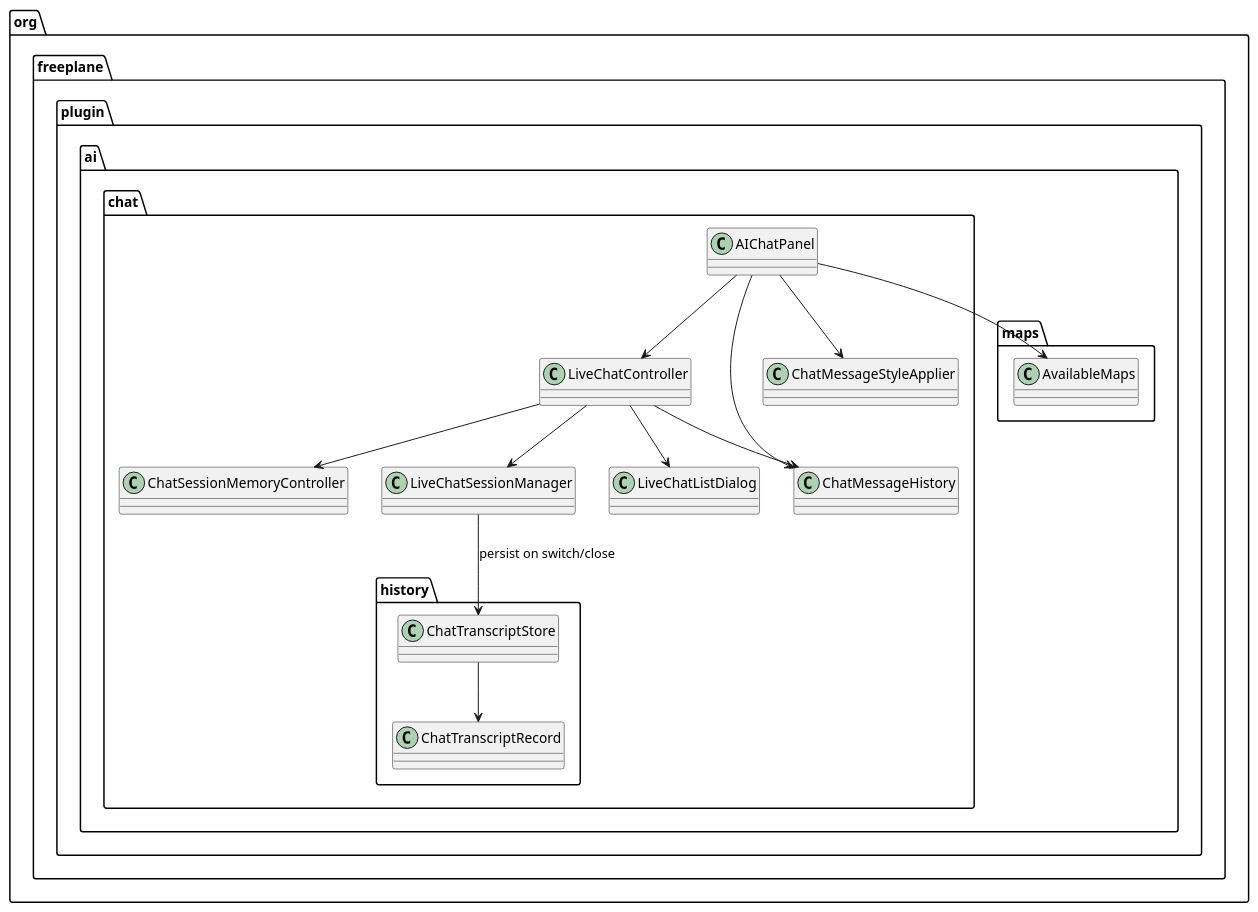
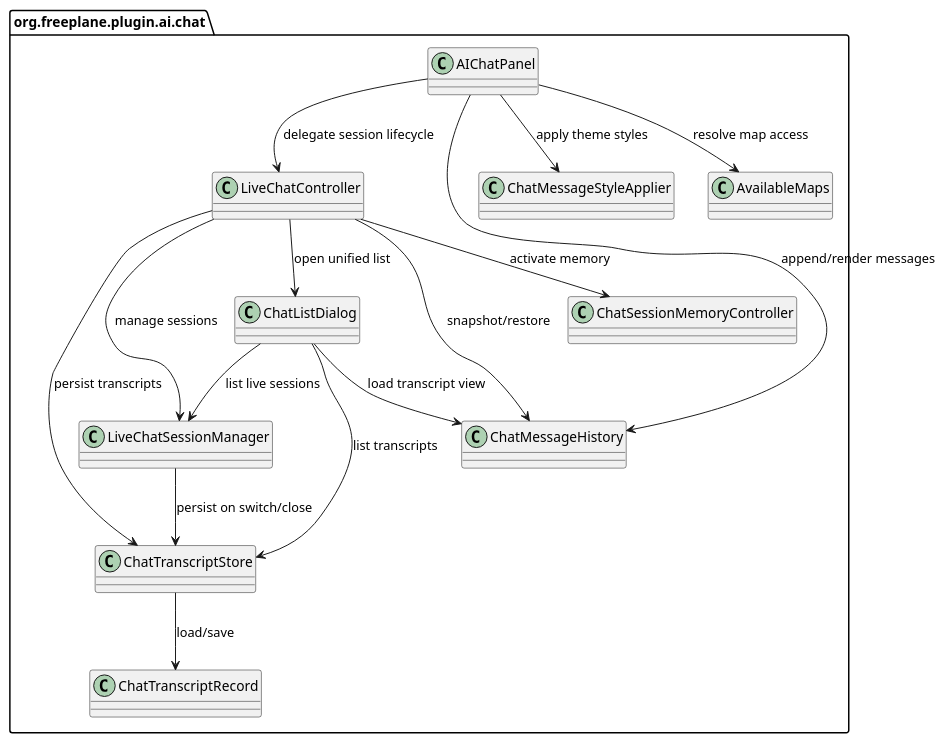
The first of 5 diagrams in freeplane_plugin_ai/specs/tasks/in-progress/tool-capable-chat-history-transcripts.md (guoranjun2/nexordia), drawn with PlantUML before and after one commit. The commit also changed other lines of this file and 1 other file, not shown here.

Commit message:
2026-01-24-chat-history-transcripts: split transcript task and refine designs

````diff
--- a/freeplane_plugin_ai/specs/tasks/in-progress/tool-capable-chat-history-transcripts.md
+++ b/freeplane_plugin_ai/specs/tasks/in-progress/tool-capable-chat-history-transcripts.md
@@ -39,30 +39,31 @@
   ```plantuml
   @startuml
+  set separator none
   package "org.freeplane.plugin.ai.chat" {
     class AIChatPanel
     class LiveChatController
     class LiveChatSessionManager
-    class LiveChatListDialog
+    class ChatListDialog
     class ChatMessageHistory
     class ChatSessionMemoryController
     class ChatMessageStyleApplier
-  }
-  package "org.freeplane.plugin.ai.chat.history" {
     class ChatTranscriptStore
     class ChatTranscriptRecord
-  }
-  package "org.freeplane.plugin.ai.maps" {
     class AvailableMaps
   }
-  AIChatPanel --> LiveChatController
-  AIChatPanel --> ChatMessageHistory
-  AIChatPanel --> ChatMessageStyleApplier
-  AIChatPanel --> AvailableMaps
-  LiveChatController --> LiveChatSessionManager
-  LiveChatController --> LiveChatListDialog
-  LiveChatController --> ChatMessageHistory
-  LiveChatController --> ChatSessionMemoryController
+  AIChatPanel --> LiveChatController : delegate session lifecycle
+  AIChatPanel --> ChatMessageHistory : append/render messages
+  AIChatPanel --> ChatMessageStyleApplier : apply theme styles
+  AIChatPanel --> AvailableMaps : resolve map access
+  LiveChatController --> LiveChatSessionManager : manage sessions
+  LiveChatController --> ChatListDialog : open unified list
+  LiveChatController --> ChatMessageHistory : snapshot/restore
+  LiveChatController --> ChatSessionMemoryController : activate memory
+  LiveChatController --> ChatTranscriptStore : persist transcripts
+  ChatListDialog --> LiveChatSessionManager : list live sessions
+  ChatListDialog --> ChatTranscriptStore : list transcripts
+  ChatListDialog --> ChatMessageHistory : load transcript view
   LiveChatSessionManager --> ChatTranscriptStore : persist on switch/close
-  ChatTranscriptStore --> ChatTranscriptRecord
+  ChatTranscriptStore --> ChatTranscriptRecord : load/save
   @enduml
   ```
````
